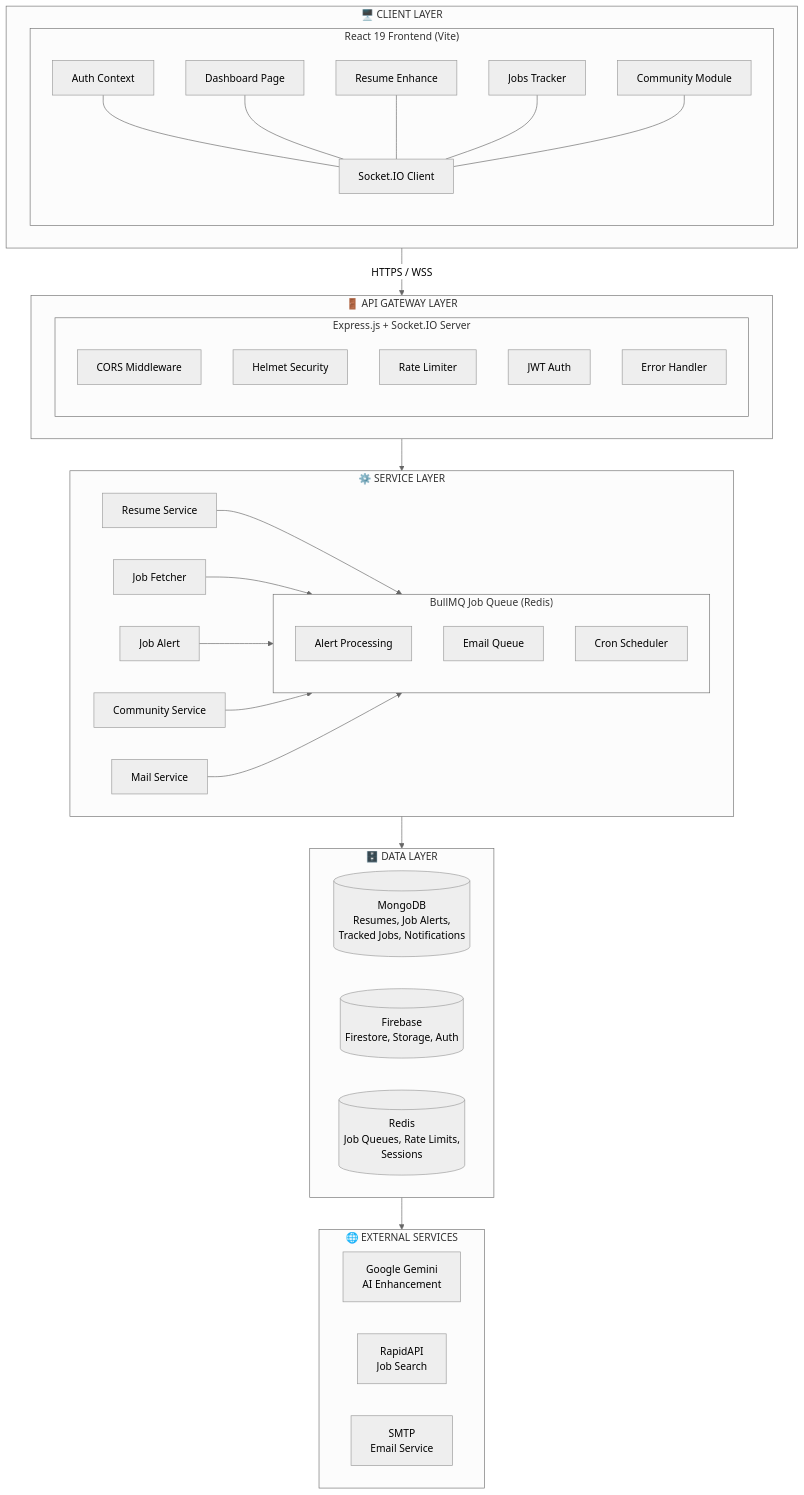
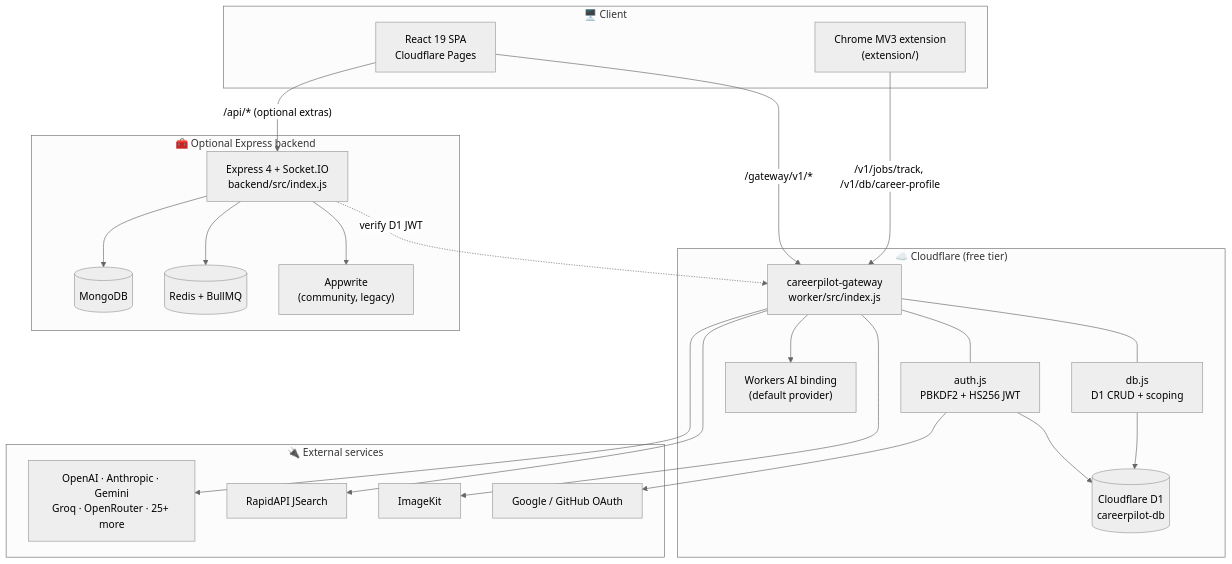
One commit to anurag3407/career-pilot changed the first of 5 diagrams in ARCHITECTURE.md. Above: the diagram before and after it, drawn with Mermaid (neutral theme). The commit also changed other lines of this file and 33 other files, not shown here.

First line of the commit message:
docs: align documentation with Cloudflare D1 architecture

````diff
--- a/ARCHITECTURE.md
+++ b/ARCHITECTURE.md
@@ -27,65 +41,46 @@
 ```mermaid
 flowchart TB
-    subgraph CLIENT["🖥️ CLIENT LAYER"]
-        subgraph FE["React 19 Frontend (Vite)"]
-            Auth[Auth Context]
-            Dash[Dashboard Page]
-            Resume[Resume Enhance]
-            Jobs[Jobs Tracker]
-            Community[Community Module]
-            Socket[Socket.IO Client]
-            Auth --- Socket
-            Dash --- Socket
-            Resume --- Socket
-            Jobs --- Socket
-            Community --- Socket
-        end
+    subgraph CLIENT["🖥️ Client"]
+        Browser["React 19 SPA<br/>Cloudflare Pages"]
+        Ext["Chrome MV3 extension<br/>(extension/)"]
     end
 
-    subgraph GATEWAY["🚪 API GATEWAY LAYER"]
-        subgraph EXPRESS["Express.js + Socket.IO Server"]
-            CORS[CORS Middleware]
-            Helmet[Helmet Security]
-            Rate[Rate Limiter]
-            JWT[JWT Auth]
-            ErrH[Error Handler]
-        end
+    subgraph CF["☁️ Cloudflare (free tier)"]
+        Worker["careerpilot-gateway<br/>worker/src/index.js"]
+        Auth["auth.js<br/>PBKDF2 + HS256 JWT"]
+        DBAPI["db.js<br/>D1 CRUD + scoping"]
+        D1[("Cloudflare D1<br/>careerpilot-db")]
+        AI["Workers AI binding<br/>(default provider)"]
+        Worker --- Auth
+        Worker --- DBAPI
+        Auth --> D1
+        DBAPI --> D1
+        Worker --> AI
     end
 
-    subgraph SERVICE["⚙️ SERVICE LAYER"]
-        ResumeSvc[Resume Service]
-        JobFetcher[Job Fetcher]
-        JobAlert[Job Alert]
-        CommunitySvc[Community Service]
-        MailSvc[Mail Service]
-
-        subgraph QUEUE["BullMQ Job Queue (Redis)"]
-            AlertProc[Alert Processing]
-            EmailQ[Email Queue]
-            CronSched[Cron Scheduler]
-        end
-
-        ResumeSvc --> QUEUE
-        JobFetcher --> QUEUE
-        JobAlert --> QUEUE
-        CommunitySvc --> QUEUE
-        MailSvc --> QUEUE
+    subgraph EXT_SERVICES["🔌 External services"]
+        Providers["OpenAI · Anthropic · Gemini<br/>Groq · OpenRouter · 25+ more"]
+        RapidAPI["RapidAPI JSearch"]
+        ImageKit["ImageKit"]
+        OAuth["Google / GitHub OAuth"]
     end
 
-    subgraph DATA["🗄️ DATA LAYER"]
-        Mongo[("MongoDB<br/>Resumes, Job Alerts,<br/>Tracked Jobs, Notifications")]
-        Firebase[("Firebase<br/>Firestore, Storage, Auth")]
-        Redis[("Redis<br/>Job Queues, Rate Limits,<br/>Sessions")]
+    subgraph OPTIONAL["🧰 Optional Express backend"]
+        Express["Express 4 + Socket.IO<br/>backend/src/index.js"]
+        Mongo[("MongoDB")]
+        Redis[("Redis + BullMQ")]
+        Appwrite["Appwrite<br/>(community, legacy)"]
+        Express --> Mongo
+        Express --> Redis
+        Express --> Appwrite
     end
 
-    subgraph EXTERNAL["🌐 EXTERNAL SERVICES"]
-        Gemini[Google Gemini<br/>AI Enhancement]
-        RapidAPI[RapidAPI<br/>Job Search]
-        SMTP[SMTP<br/>Email Service]
-    end
-
-    CLIENT -->|HTTPS / WSS| GATEWAY
-    GATEWAY --> SERVICE
-    SERVICE --> DATA
-    DATA --> EXTERNAL
+    Browser -->|"/gateway/v1/*"| Worker
+    Browser -->|"/api/* (optional extras)"| Express
+    Ext -->|"/v1/jobs/track, /v1/db/career-profile"| Worker
+    Worker --> Providers
+    Worker --> RapidAPI
+    Worker --> ImageKit
+    Auth --> OAuth
+    Express -.->|verify D1 JWT| Worker
 ```
````
